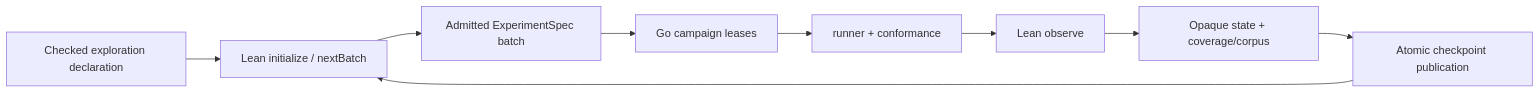
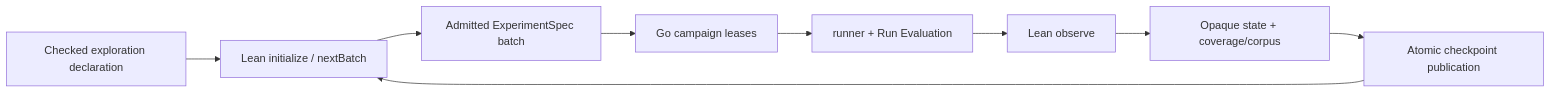
Before and after one commit to stephanos/temporal: the diagram in .flow/specs/fn-33-run-resumable-semantic-exploration.md, drawn with Mermaid. The commit also changed other lines of this file and 277 other files, not shown here.

````diff
--- a/.flow/specs/fn-33-run-resumable-semantic-exploration.md
+++ b/.flow/specs/fn-33-run-resumable-semantic-exploration.md
@@ -17,11 +17,11 @@
 ```mermaid
 flowchart LR
   C[Checked exploration declaration] --> L[Lean initialize / nextBatch]
   L --> B[Admitted ExperimentSpec batch]
   B --> G[Go campaign leases]
-  G --> R[runner + conformance]
+  G --> R[runner + Run Evaluation]
   R --> O[Lean observe]
   O --> S[Opaque state + coverage/corpus]
   S --> P[Atomic checkpoint publication]
   P --> L
 ```
````
